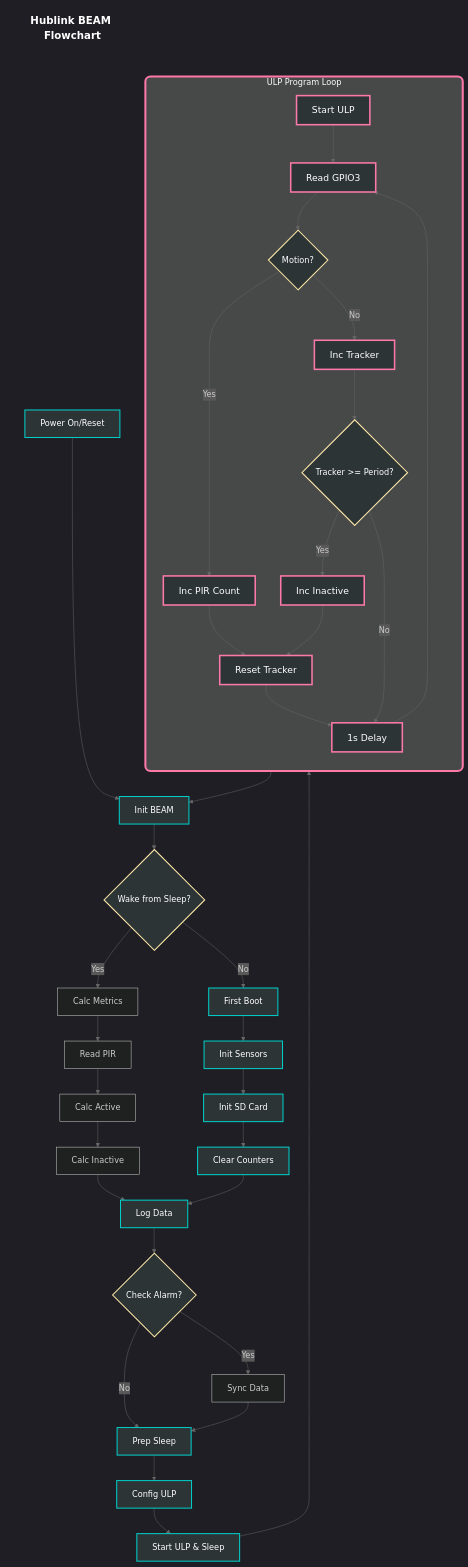
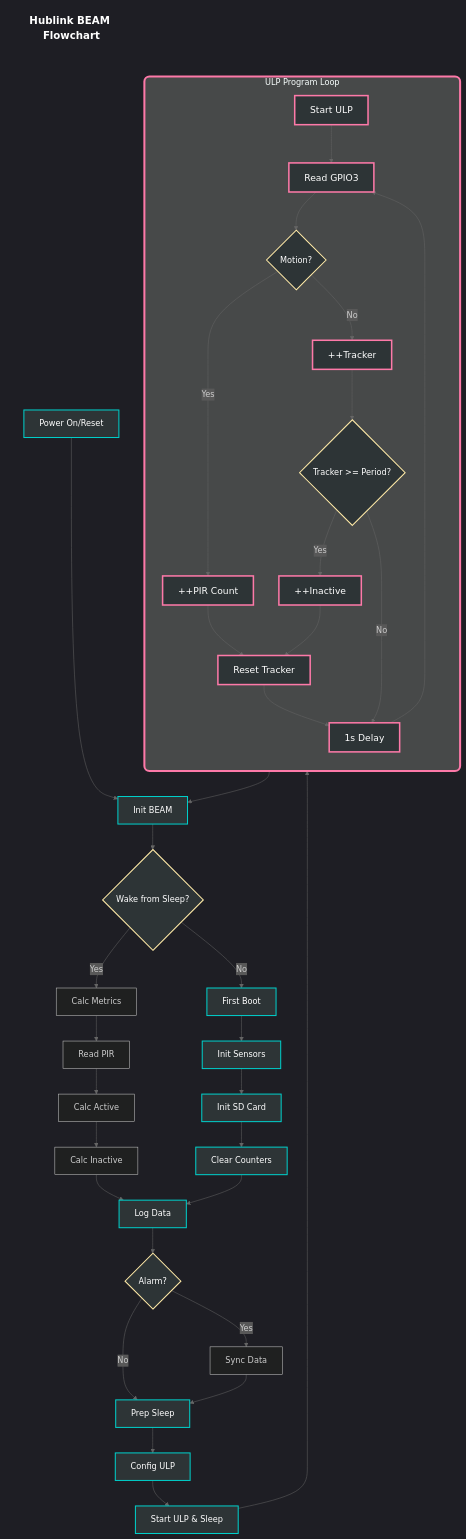
One commit to Neurotech-Hub/Hublink-BEAM changed the diagram in docs/flowchart.md. Above: the diagram before and after it, drawn with Mermaid. The commit also changed 3 other files, not shown here.

Commit message:
License, library, flowchart

````diff
--- a/docs/flowchart.md
+++ b/docs/flowchart.md
@@ -1,79 +1,79 @@
 ```mermaid
 %%{init: {
     'theme': 'dark',
     'themeVariables': {
         'fontFamily': 'arial',
         'fontSize': '16px',
         'primaryColor': '#1a1a1a',
         'primaryTextColor': '#fff',
         'primaryBorderColor': '#fff',
         'lineColor': '#666',
         'secondaryColor': '#2a2a2a',
         'tertiaryColor': '#2a2a2a'
     }
 }}%%
 flowchart TB
     %% Title in upper left
     title["Hublink BEAM Flowchart"]
     style title fill:none,stroke:none,color:#fff,font-size:20px,font-weight:bold
     
     %% Position title to the left of Start
     title --> Start
     linkStyle 0 stroke:none
     
     %% ULP Program Flow - Starts here after deep sleep
     subgraph ULP [ULP Program Loop]
         direction TB
         style ULP stroke-width:4px,stroke:#fd79a8,rx:10
         ULPStart[Start ULP] --> ReadGPIO[Read GPIO3]
         ReadGPIO --> Motion{Motion?}
-        Motion -- Yes --> IncPIR[Inc PIR Count]
+        Motion -- Yes --> IncPIR[++PIR Count]
         IncPIR --> ResetTracker[Reset Tracker]
-        Motion -- No --> IncTracker[Inc Tracker]
+        Motion -- No --> IncTracker[++Tracker]
         IncTracker --> CheckPeriod{Tracker >= Period?}
-        CheckPeriod -- Yes --> IncInactive[Inc Inactive]
+        CheckPeriod -- Yes --> IncInactive[++Inactive]
         IncInactive --> ResetTracker
         CheckPeriod -- No --> Delay[1s Delay]
         ResetTracker --> Delay
         Delay --> ReadGPIO
     end
     
     %% Main Program Flow - After ULP or power on
     Start[Power On/Reset] --> Init[Init BEAM]
     ULP --> Init
     Init --> CheckWake{Wake from Sleep?}
     
     %% First Boot Path
     CheckWake -- No --> FirstBoot[First Boot]
     FirstBoot --> InitSensors[Init Sensors]
     InitSensors --> InitSD[Init SD Card]
     InitSD --> ClearCounters[Clear Counters]
     
     %% Wake from Sleep Path
     CheckWake -- Yes --> CalcMetrics[Calc Metrics]
     CalcMetrics --> ReadPIR[Read PIR]
     ReadPIR --> CalcActive[Calc Active]
     CalcActive --> CalcInactive[Calc Inactive]
     
     %% Main Loop from BasicLoggingHublink.ino
     CalcInactive --> LogData[Log Data]
     ClearCounters --> LogData
-    LogData --> CheckAlarm{Check Alarm?}
+    LogData --> CheckAlarm{Alarm?}
     CheckAlarm -- Yes --> SyncData[Sync Data]
     CheckAlarm -- No --> PrepSleep[Prep Sleep]
     SyncData --> PrepSleep
     
     %% Sleep Preparation
     PrepSleep --> ConfigULP[Config ULP]
     ConfigULP --> StartULP[Start ULP & Sleep]
     StartULP --> ULP
 
     %% Styling
     classDef process fill:#2d3436,stroke:#00cec9,stroke-width:2px,color:#fff
     classDef decision fill:#2d3436,stroke:#ffeaa7,stroke-width:2px,color:#fff
     classDef ulp fill:#2d3436,stroke:#fd79a8,stroke-width:3px,color:#fff,font-size:18px
     
     class Start,Init,FirstBoot,InitSensors,InitSD,ClearCounters,LogData,PrepSleep,ConfigULP,StartULP process
     class CheckWake,CheckAlarm,Motion,CheckPeriod decision
     class ULPStart,ReadGPIO,IncPIR,ResetTracker,IncTracker,IncInactive,Delay ulp
 ``` 
````
